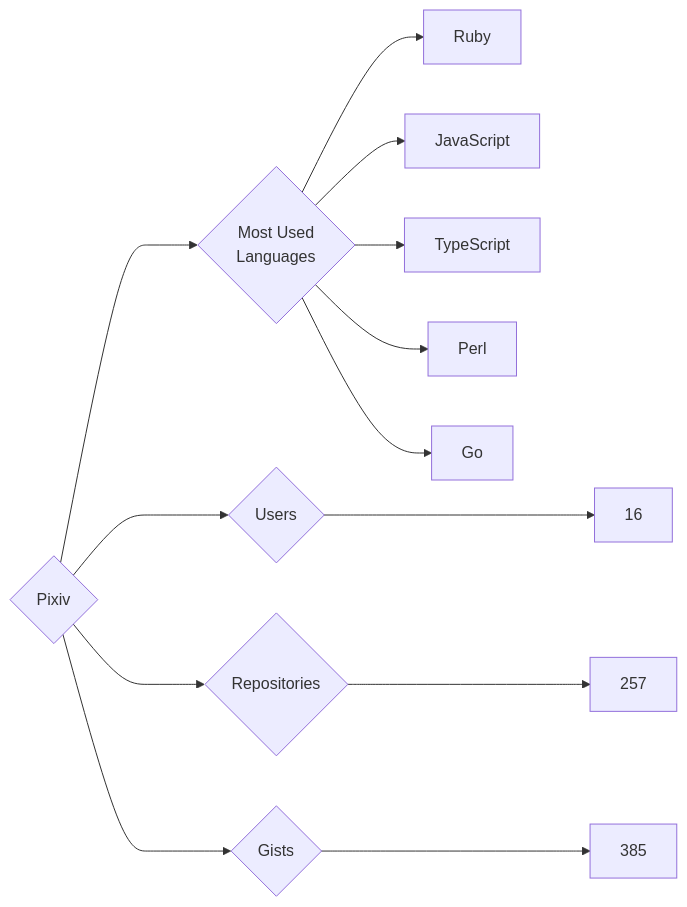
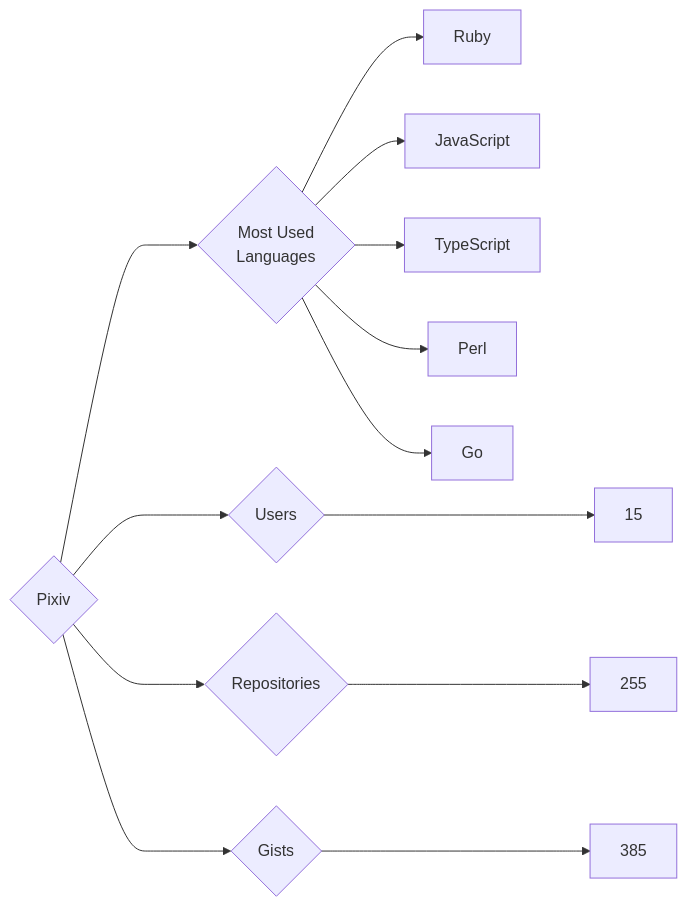
Before and after one commit to trickest/insiders: the diagram in targets/Pixiv/README.md, drawn with Mermaid. The commit also changed 695 other files, not shown here.

````diff
--- a/targets/Pixiv/README.md
+++ b/targets/Pixiv/README.md
@@ -3,13 +3,13 @@
 ```mermaid
 graph LR
 COMPANY_NAME{Pixiv}
-COMPANY_NAME ---> U{Users} ---> UN[16]
-COMPANY_NAME ---> R{Repositories} ---> RN[257]
+COMPANY_NAME ---> U{Users} ---> UN[15]
+COMPANY_NAME ---> R{Repositories} ---> RN[255]
 COMPANY_NAME ---> G{Gists} ---> GN[385]
 COMPANY_NAME ---> ML{Most Used<br>Languages}
 ML --> Ruby[Ruby]
 ML --> JavaScript[JavaScript]
 ML --> TypeScript[TypeScript]
 ML --> Perl[Perl]
 ML --> Go[Go]
 ```
````
